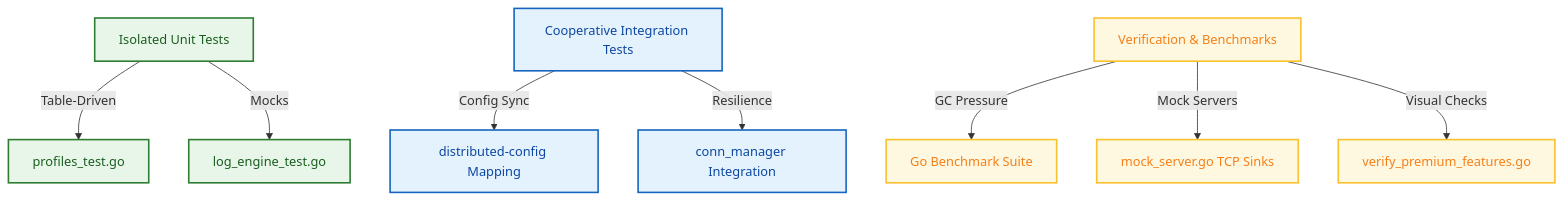
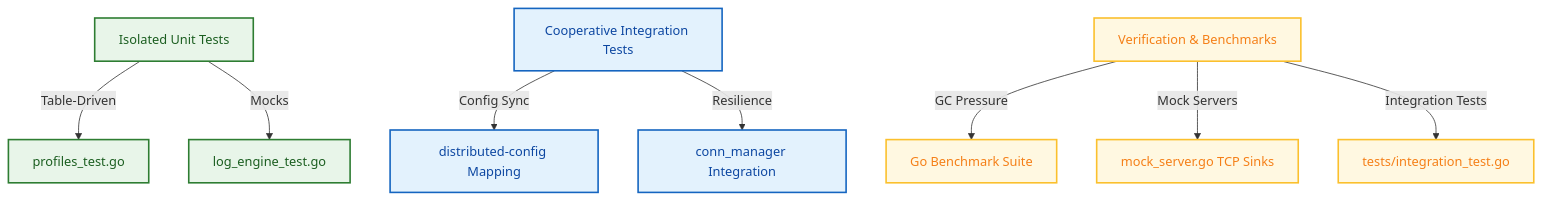
One commit to Bastien-Antigravity/flexible-logger changed the diagram in quick-overview/Testing-Playbook.md. Above: the diagram before and after it, drawn with Mermaid. The commit also changed other lines of this file and 53 other files, not shown here.

````diff
--- a/quick-overview/Testing-Playbook.md
+++ b/quick-overview/Testing-Playbook.md
@@ -49,21 +49,21 @@
 ```mermaid
 flowchart TD
     %% Styling
     classDef unit fill:#e8f5e9,stroke:#2e7d32,stroke-width:2px,color:#1b5e20;
     classDef integration fill:#e3f2fd,stroke:#1565c0,stroke-width:2px,color:#0d47a1;
     classDef perf fill:#fff8e1,stroke:#fbc02d,stroke-width:2px,color:#f57f17;
 
     Unit[Isolated Unit Tests]:::unit
     Integration[Cooperative Integration Tests]:::integration
     Verification[Verification & Benchmarks]:::perf
 
     Unit -->|Table-Driven| ProfilesTest[profiles_test.go]:::unit
     Unit -->|Mocks| EngineTest[log_engine_test.go]:::unit
 
     Integration -->|Config Sync| DistributedConfig[distributed-config Mapping]:::integration
     Integration -->|Resilience| ConnectionResilience[conn_manager Integration]:::integration
 
     Verification -->|GC Pressure| GoBench[Go Benchmark Suite]:::perf
     Verification -->|Mock Servers| MockInfra[mock_server.go TCP Sinks]:::perf
-    Verification -->|Visual Checks| PremiumVerify[verify_premium_features.go]:::perf
+    Verification -->|Integration Tests| PremiumVerify[tests/integration_test.go]:::perf
 ```
````
